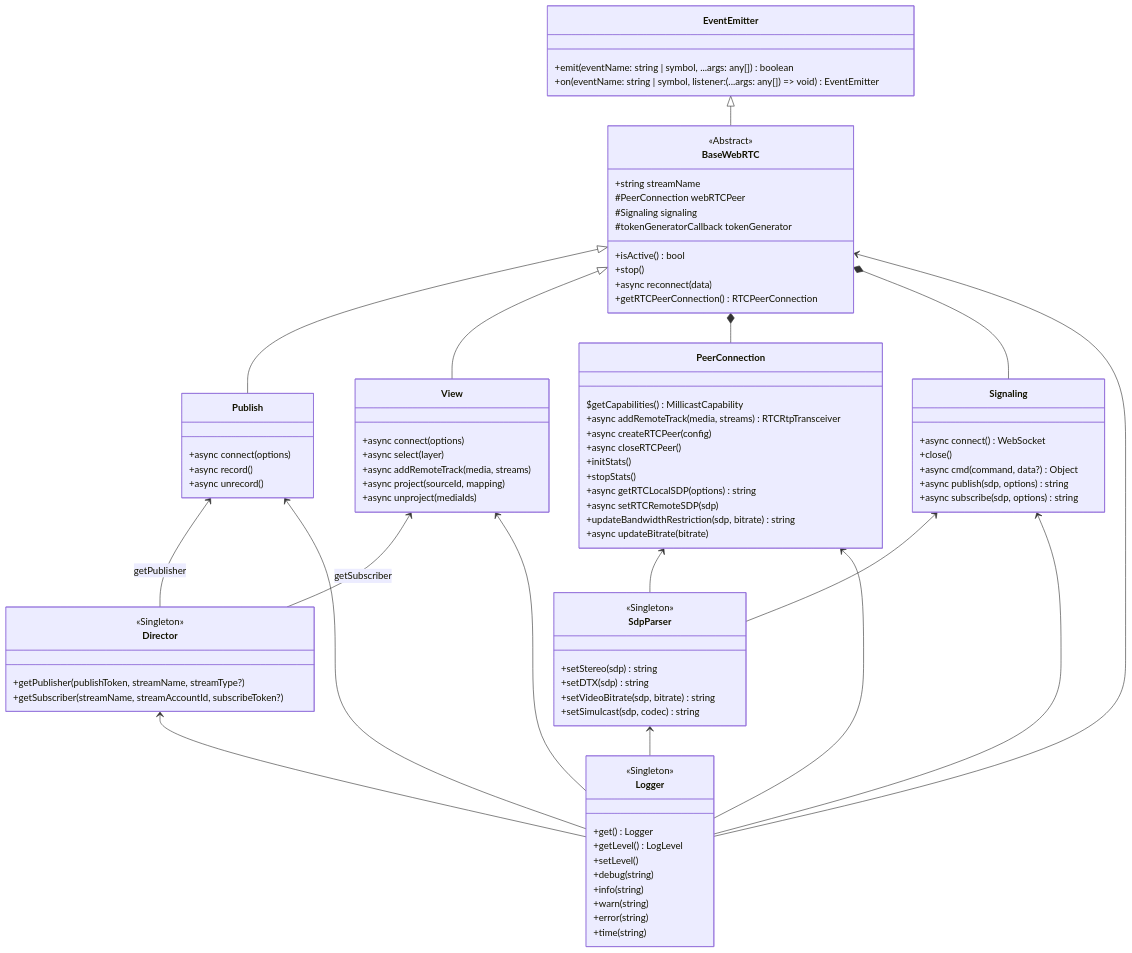
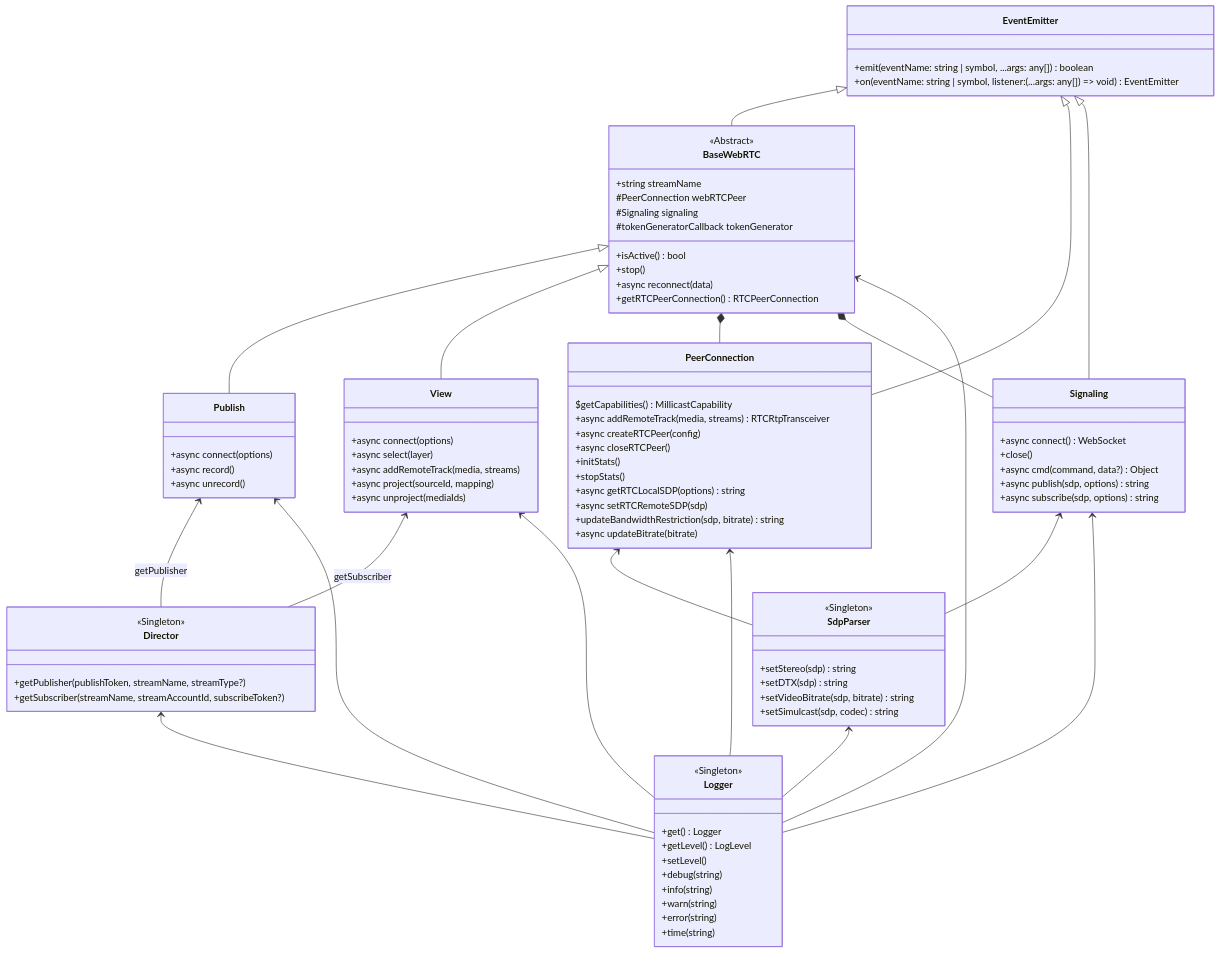
Before and after one commit to millicast/millicast-sdk: the diagram in developer-info.md, drawn with Mermaid.

Commit message:
fixed UML diagram issue

```diff
--- a/developer-info.md
+++ b/developer-info.md
@@ -125,6 +125,8 @@
     +time(string)
   }
   EventEmitter <|-- BaseWebRTC
+  EventEmitter <|-- PeerConnection
+  EventEmitter <|-- Signaling
   BaseWebRTC <|-- Publish
   BaseWebRTC <|-- View
   BaseWebRTC *-- PeerConnection
```
